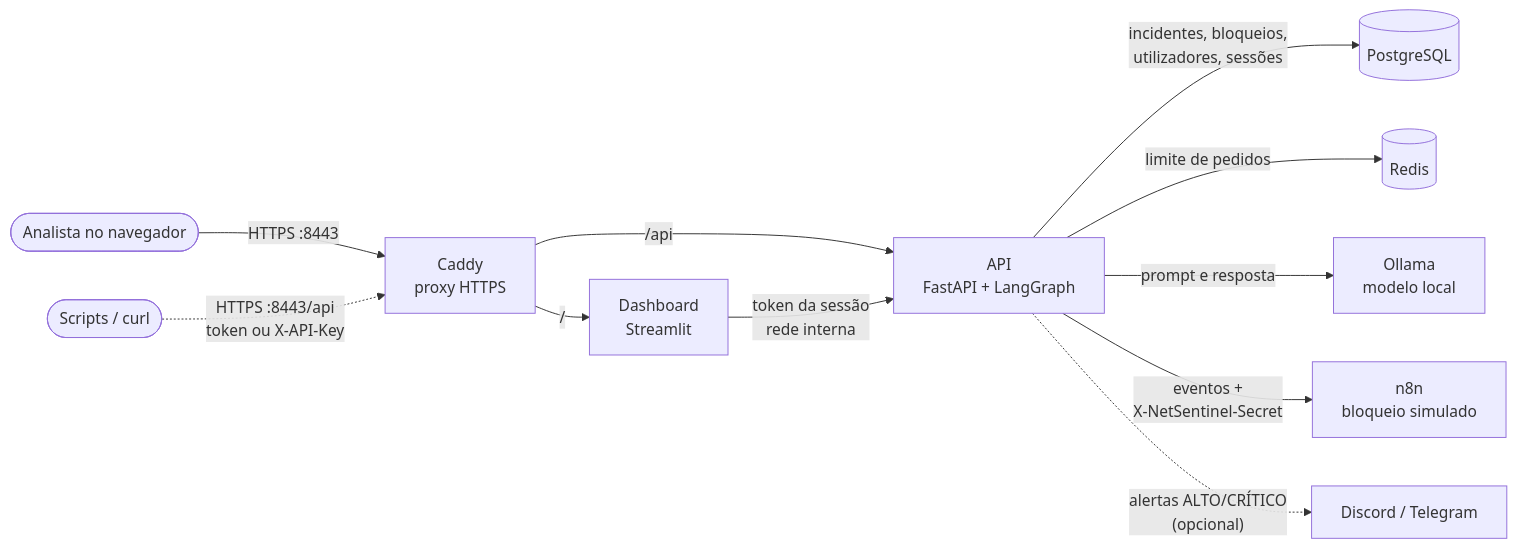
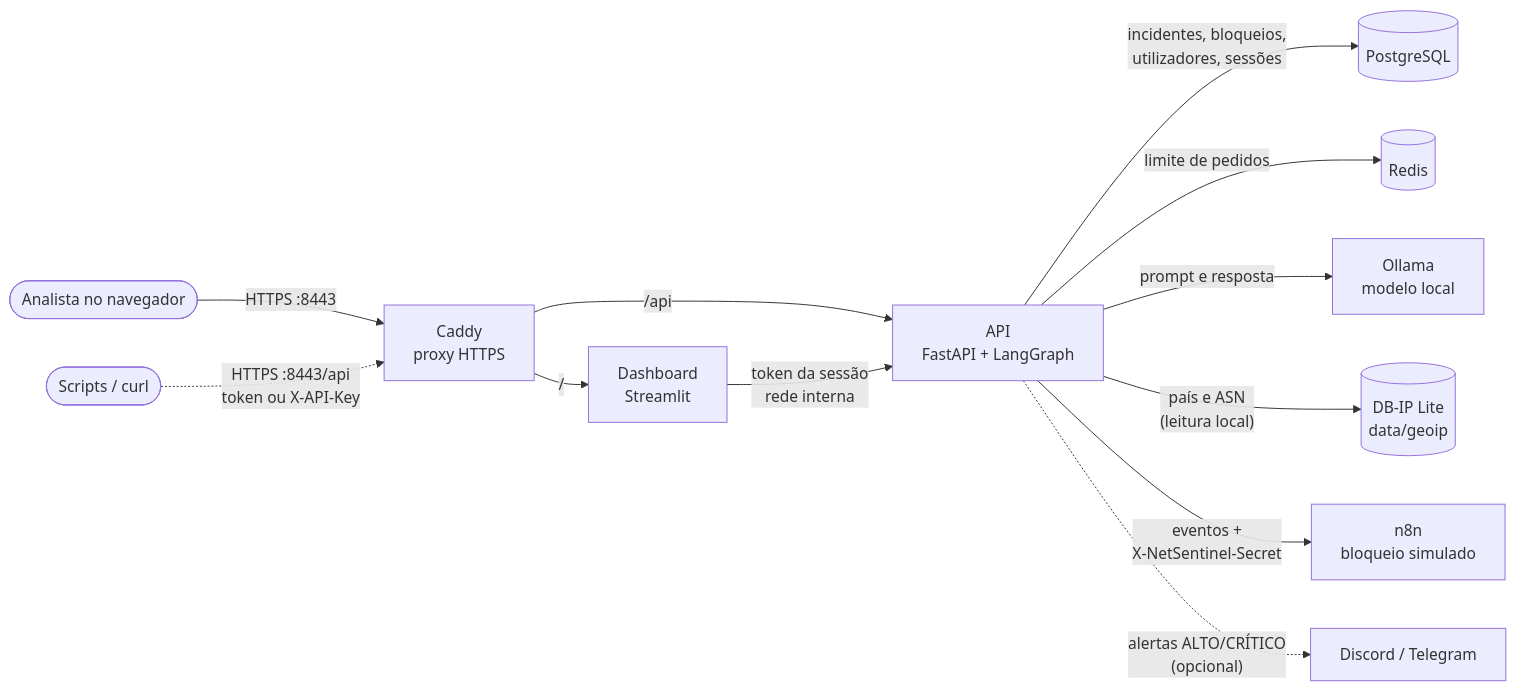
The diagram in README.md (Peroba-7/netsentinel), drawn with Mermaid before and after one commit. The commit also changed other lines of this file and 26 other files, not shown here.

Commit message:
feat: enriquece incidentes com país e organização do IP (DB-IP, base local)

````diff
--- a/README.md
+++ b/README.md
@@ -59,13 +62,14 @@
 ```mermaid
 flowchart LR
     user(["Analista no navegador"]) -->|"HTTPS :8443"| caddy["Caddy<br/>proxy HTTPS"]
     script(["Scripts / curl"]) -.->|"HTTPS :8443/api<br/>token ou X-API-Key"| caddy
     caddy -->|"/"| dash["Dashboard<br/>Streamlit"]
     caddy -->|"/api"| api["API<br/>FastAPI + LangGraph"]
     dash -->|"token da sessão<br/>rede interna"| api
     api -->|"incidentes, bloqueios,<br/>utilizadores, sessões"| pg[("PostgreSQL")]
     api -->|"limite de pedidos"| redis[("Redis")]
     api -->|"prompt e resposta"| ollama["Ollama<br/>modelo local"]
+    api -->|"país e ASN<br/>(leitura local)"| geo[("DB-IP Lite<br/>data/geoip")]
     api -->|"eventos +<br/>X-NetSentinel-Secret"| n8n["n8n<br/>bloqueio simulado"]
     api -.->|"alertas ALTO/CRÍTICO<br/>(opcional)"| chat["Discord / Telegram"]
 ```
````
